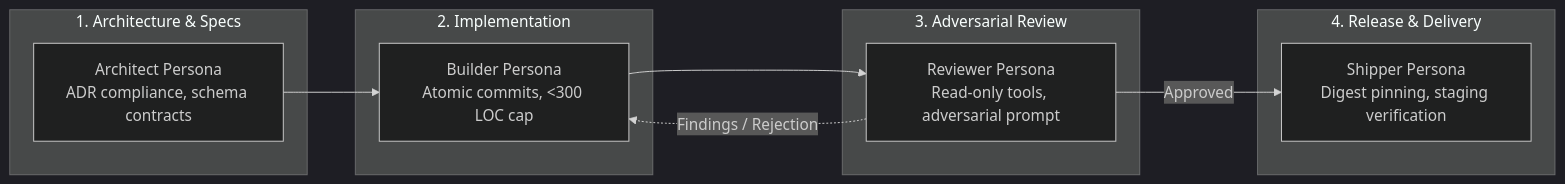
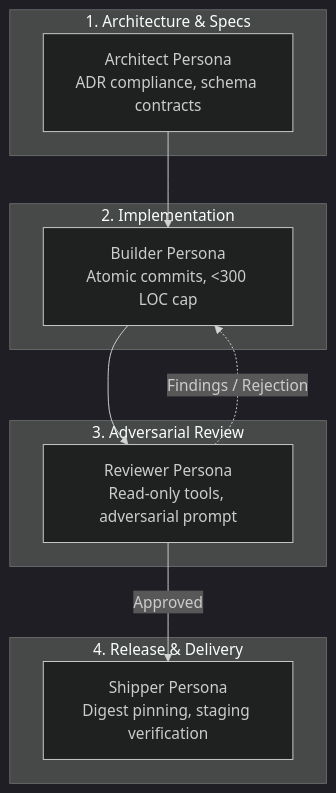
The second of 2 diagrams in site/src/content/notes/fail-closed-agent-harnesses.mdx (mlorentedev/web), drawn with Mermaid (dark theme) before and after one commit. The commit also changed 4 other files, not shown here.

Commit message:
fix(notes): reshape mermaid diagrams to eliminate horizontal overflow (#317)

````diff
--- a/site/src/content/notes/fail-closed-agent-harnesses.mdx
+++ b/site/src/content/notes/fail-closed-agent-harnesses.mdx
@@ -218,20 +218,20 @@
 ```mermaid
-flowchart LR
+flowchart TD
     subgraph planning["1. Architecture & Specs"]
         ARCH["Architect Persona\nADR compliance, schema contracts"]
     end
     subgraph implementation["2. Implementation"]
         BUILD["Builder Persona\nAtomic commits, <300 LOC cap"]
     end
     subgraph auditing["3. Adversarial Review"]
         REV["Reviewer Persona\nRead-only tools, adversarial prompt"]
     end
     subgraph release["4. Release & Delivery"]
         SHIP["Shipper Persona\nDigest pinning, staging verification"]
     end
 
     ARCH --> BUILD
     BUILD --> REV
     REV -. "Findings / Rejection" .-> BUILD
     REV -- "Approved" --> SHIP
 ```
````
